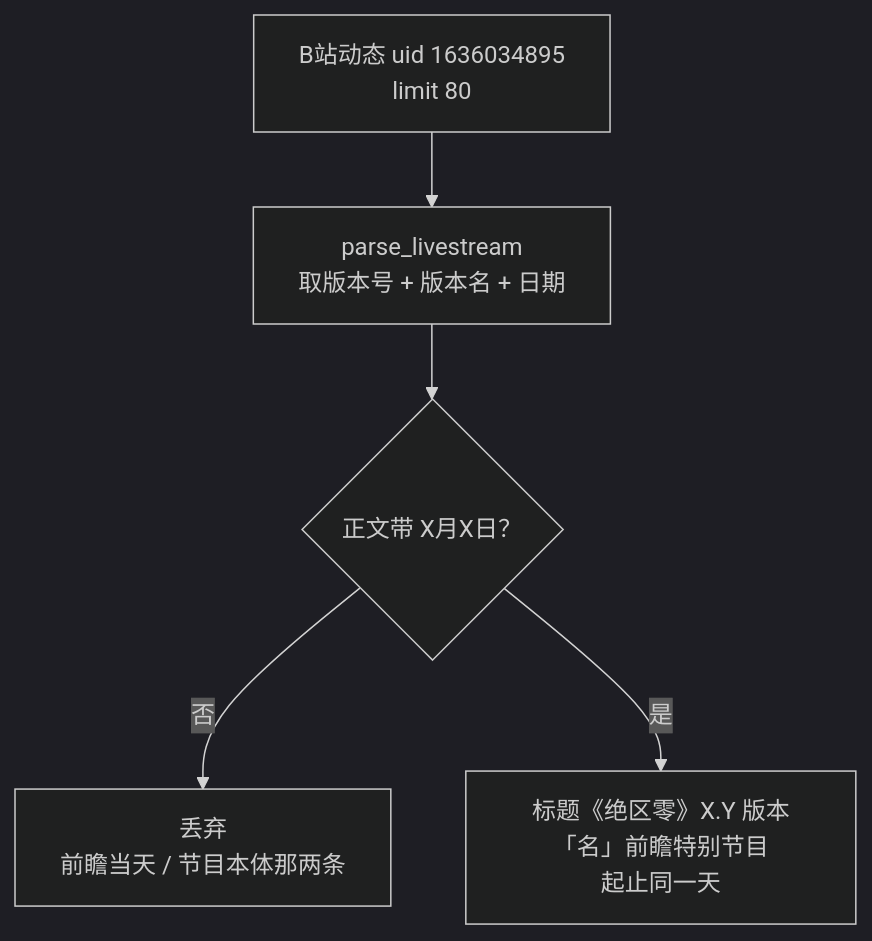
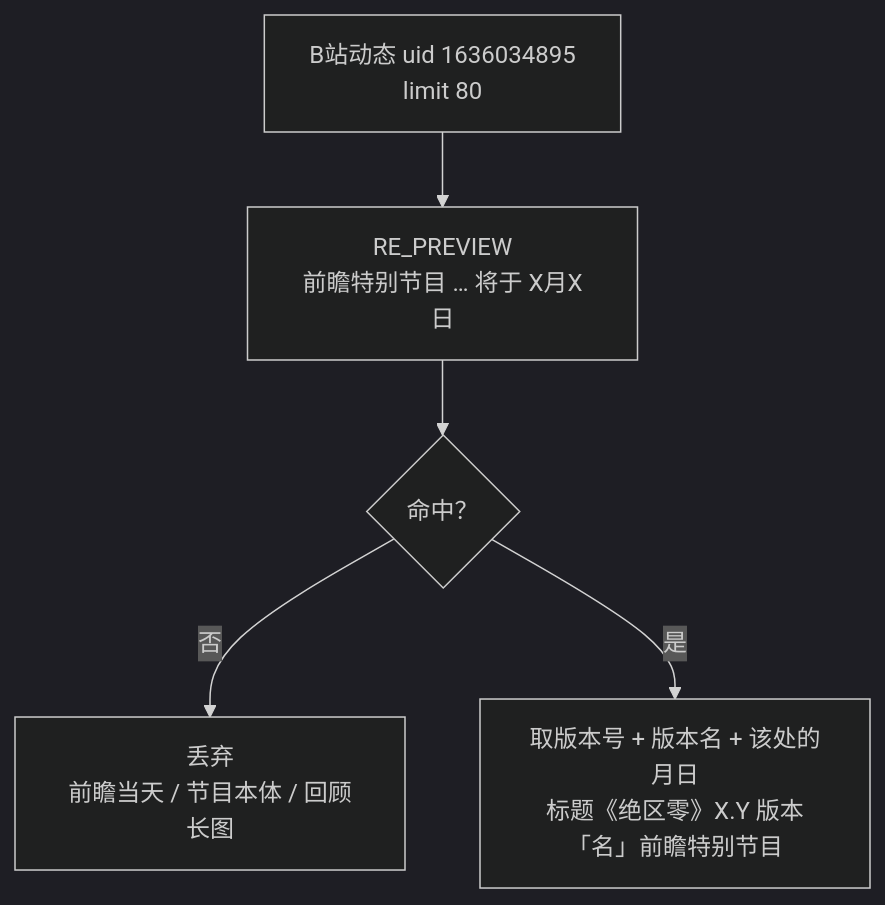
Before and after one commit to autummu2/HoyoCalendar: the fifth of 10 diagrams in tools/editor/zenless/RULES.md, drawn with Mermaid (dark theme). The commit also changed other lines of this file and 10 other files, not shown here.

````diff
--- a/tools/editor/zenless/RULES.md
+++ b/tools/editor/zenless/RULES.md
@@ -195,7 +198,7 @@
 ```mermaid
 flowchart TD
-    A["B站动态 uid 1636034895<br/>limit 80"] --> B["parse_livestream<br/>取版本号 + 版本名 + 日期"]
-    B --> C{"正文带 X月X日？"}
-    C -->|"否"| D["丢弃<br/>前瞻当天 / 节目本体那两条"]
-    C -->|"是"| E["标题《绝区零》X.Y 版本「名」前瞻特别节目<br/>起止同一天"]
+    A["B站动态 uid 1636034895<br/>limit 80"] --> B["RE_PREVIEW<br/>前瞻特别节目 … 将于 X月X日"]
+    B --> C{"命中？"}
+    C -->|"否"| D["丢弃<br/>前瞻当天 / 节目本体 / 回顾长图"]
+    C -->|"是"| E["取版本号 + 版本名 + 该处的月日<br/>标题《绝区零》X.Y 版本「名」前瞻特别节目"]
 ```
````
